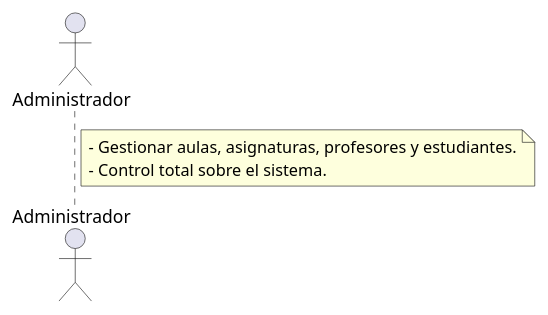
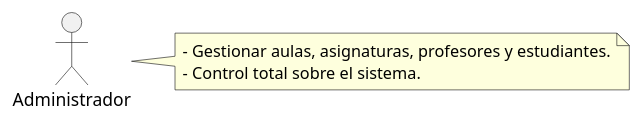
One commit to mmasias/24-25-IdSw1-SDR changed the diagram in casosDeUso/actores/actores.puml. Above: the diagram before and after it, drawn with PlantUML. The commit also changed other lines of this file, not shown here.

```diff
--- a/casosDeUso/actores/actores.puml
+++ b/casosDeUso/actores/actores.puml
@@ -1,8 +1,8 @@
 @startuml
-actor Administrador
+:Administrador:
 
-note right of Administrador
-  - Gestionar aulas, asignaturas, profesores y estudiantes.
-  - Control total sobre el sistema.
+note right
+- Gestionar aulas, asignaturas, profesores y estudiantes.
+- Control total sobre el sistema.
 end note
 @enduml
```
